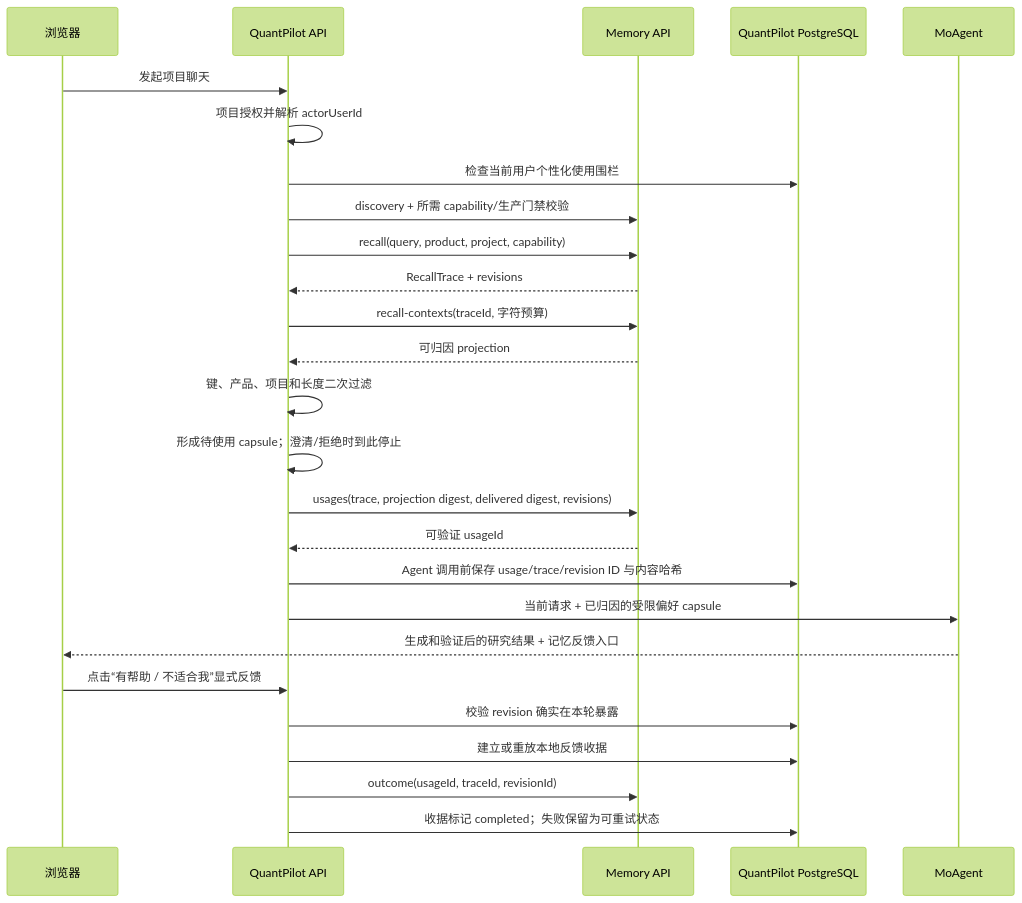
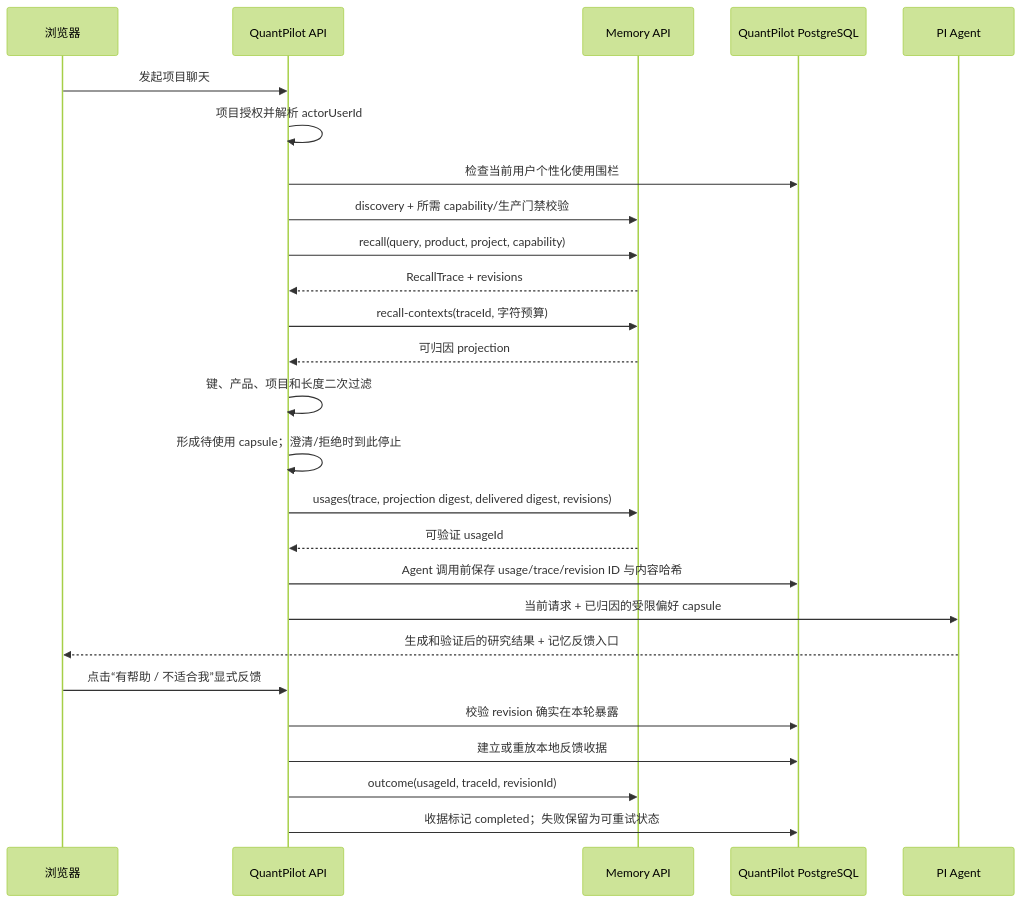
One commit to xbzz1018/SignalForge changed the diagram in docs/user-memory-integration.md. Above: the diagram before and after it, drawn with Mermaid (forest theme). The commit also changed other lines of this file and 28 other files, not shown here.

````diff
--- a/docs/user-memory-integration.md
+++ b/docs/user-memory-integration.md
@@ -93,29 +93,29 @@
 ```mermaid
 sequenceDiagram
   participant B as 浏览器
   participant Q as QuantPilot API
   participant M as Memory API
   participant P as QuantPilot PostgreSQL
-  participant A as MoAgent
+  participant A as PI Agent
 
   B->>Q: 发起项目聊天
   Q->>Q: 项目授权并解析 actorUserId
   Q->>P: 检查当前用户个性化使用围栏
   Q->>M: discovery + 所需 capability/生产门禁校验
   Q->>M: recall(query, product, project, capability)
   M-->>Q: RecallTrace + revisions
   Q->>M: recall-contexts(traceId, 字符预算)
   M-->>Q: 可归因 projection
   Q->>Q: 键、产品、项目和长度二次过滤
   Q->>Q: 形成待使用 capsule；澄清/拒绝时到此停止
   Q->>M: usages(trace, projection digest, delivered digest, revisions)
   M-->>Q: 可验证 usageId
   Q->>P: Agent 调用前保存 usage/trace/revision ID 与内容哈希
   Q->>A: 当前请求 + 已归因的受限偏好 capsule
   A-->>B: 生成和验证后的研究结果 + 记忆反馈入口
   B->>Q: 点击“有帮助 / 不适合我”显式反馈
   Q->>P: 校验 revision 确实在本轮暴露
   Q->>P: 建立或重放本地反馈收据
   Q->>M: outcome(usageId, traceId, revisionId)
   Q->>P: 收据标记 completed；失败保留为可重试状态
 ```
````
